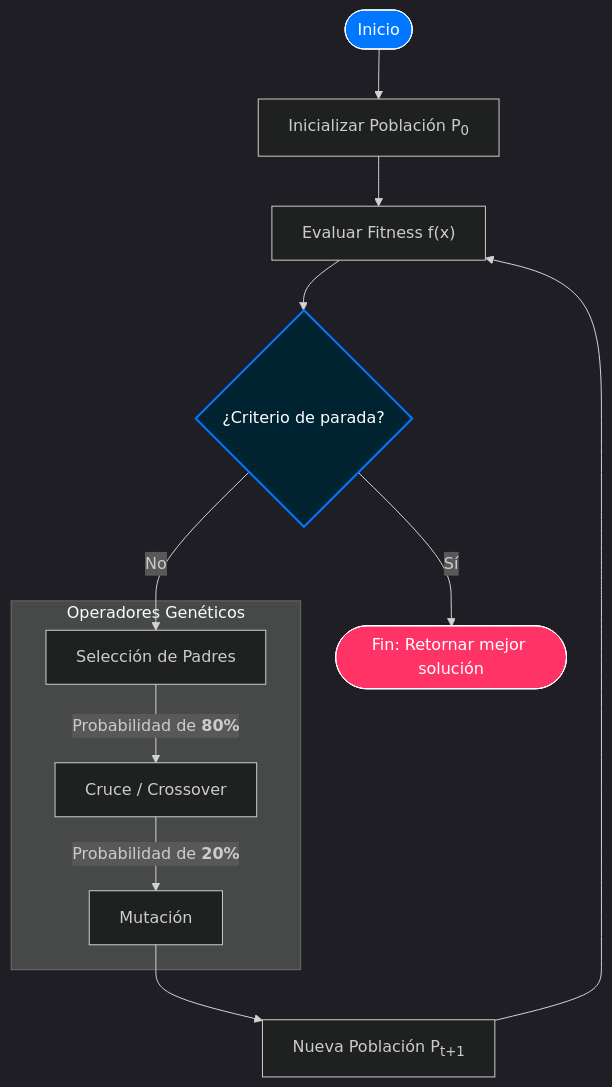
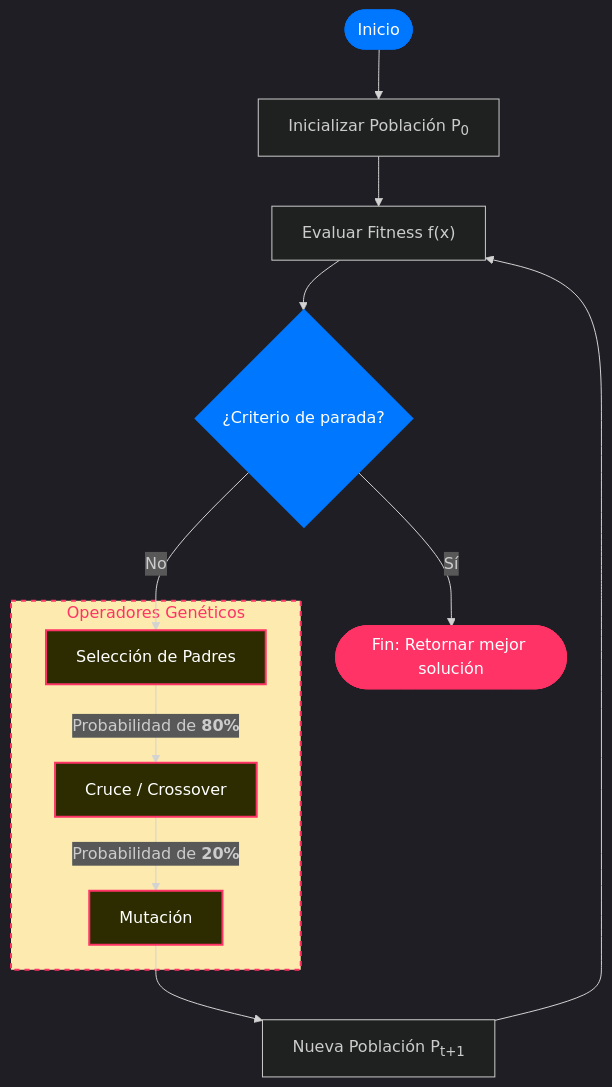
One commit to EricLuceroGonzalez/EricLuceroGonzalez.github.io changed the diagram in app/_posts/algoritmo-genetico-sorteo.es.mdx. Above: the diagram before and after it, drawn with Mermaid. The commit also changed other lines of this file and 20 other files, not shown here.

````diff
--- a/app/_posts/algoritmo-genetico-sorteo.es.mdx
+++ b/app/_posts/algoritmo-genetico-sorteo.es.mdx
@@ -99,25 +112,32 @@
 ```mermaid
 ---
 config:
   layout: dagre
   look: classic
   theme: dark
 ---
 graph TD
     start([Inicio]) --> init[Inicializar Población P<sub>0</sub>]
     init --> eval["Evaluar Fitness f(x)"]
     eval --> check{¿Criterio de parada?}
     
     check -- Sí --> finish([Fin: Retornar mejor solución])
-    check -- No --> select[Selección de Padres]
-    subgraph Operadores Genéticos
-    select --"`Probabilidad de **80%**`"--> cross[Cruce / Crossover]
-    cross --"`Probabilidad de **20%**`"--> mutate[Mutación]
+    check -- No --> select[Selección de Padres]:::goldStyle
+    
+    subgraph Operadores_Geneticos [Operadores Genéticos]
+    select --"`Probabilidad de **80%**`"--> cross[Cruce / Crossover]:::goldStyle
+    cross --"`Probabilidad de **20%**`"--> mutate[Mutación]:::goldStyle
     end
     mutate --> replace[Nueva Población P<sub>t+1</sub>]
     replace --> eval
+    
 
-    style start fill:#0077FF,stroke:#fff,color:#fff
-    style finish fill:#FF3366,stroke:#fff,color:#fff
-    style check fill:#002332,stroke:#0077FF,stroke-width:2px,color:#fff 
+    %% Estilos
+    style start fill:#0077FF,stroke:#0077FF,color:#fff
+    style finish fill:#FF3366,stroke:#FF3366,color:#fff
+    style check fill:#0077FF,stroke:#0077FF,stroke-width:2px,color:#fff 
+    style Operadores_Geneticos fill:#fceaaeff,stroke:#FF3366,stroke-width:2px,stroke-dasharray: 5 5,color:#FF3366
+    
+    classDef goldStyle fill:#2c2c00,stroke:#FF3366,stroke-width:2px,color:#fff;
+    classDef floatText fill:none,stroke:none,color:#FF3366,font-style:italic,font-size:11px;
 ```
````
